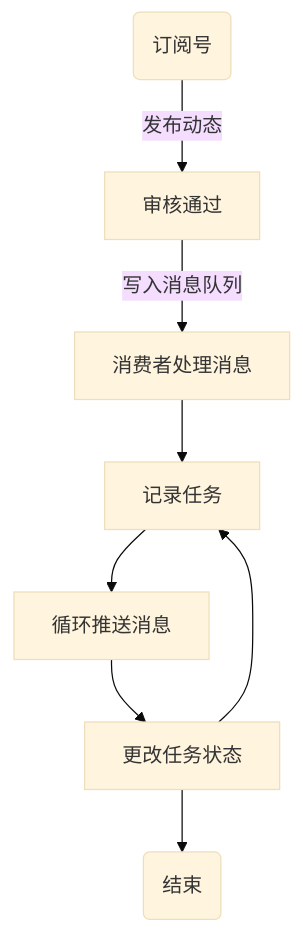
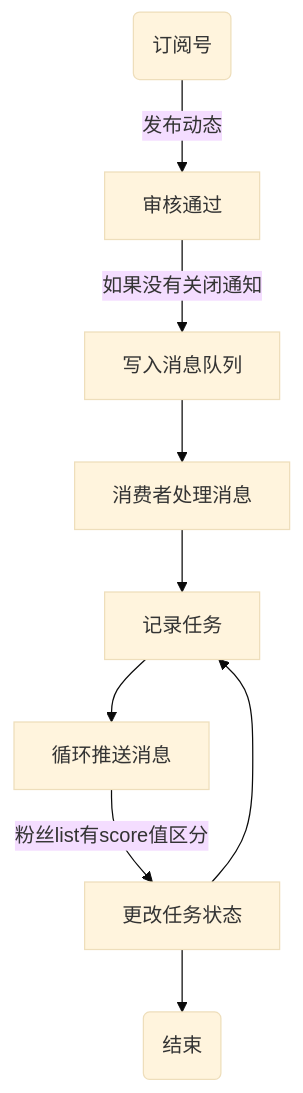
The third of 3 diagrams in 方案/消息与任务.md (ruanjiayou/notes), drawn with Mermaid (base theme) before and after one commit. The commit also changed other lines of this file and 31 other files, not shown here.

````diff
--- a/方案/消息与任务.md
+++ b/方案/消息与任务.md
@@ -193,5 +194,5 @@
 ```mermaid
 flowchart TD;
-  A(订阅号) -- 发布动态 --> B[审核通过] -- 写入消息队列--> 消费者处理消息 --> C[记录任务]  --> 循环推送消息 --> E[更改任务状态]--> D(结束);
+  A(订阅号) -- 发布动态 --> B[审核通过] -- 如果没有关闭通知--> 写入消息队列 --> 消费者处理消息 --> C[记录任务]  --> 循环推送消息 -- 粉丝list有score值区分 --> E[更改任务状态]--> D(结束);
   E --> C;
 ```
````
